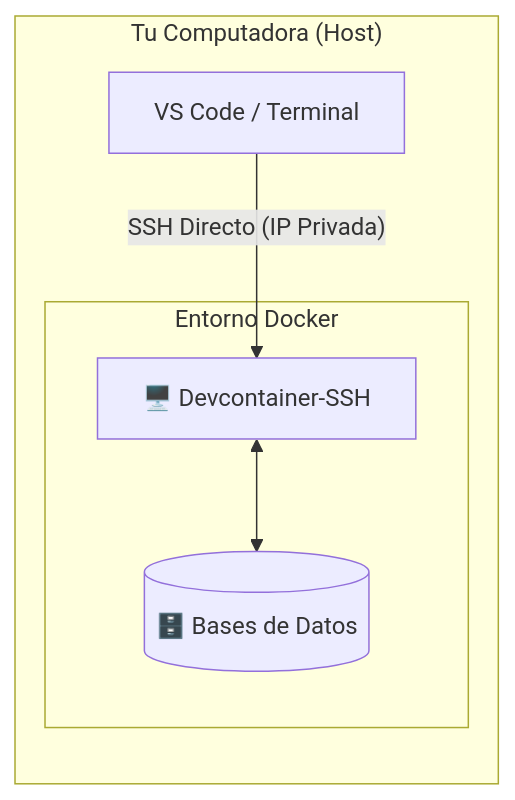
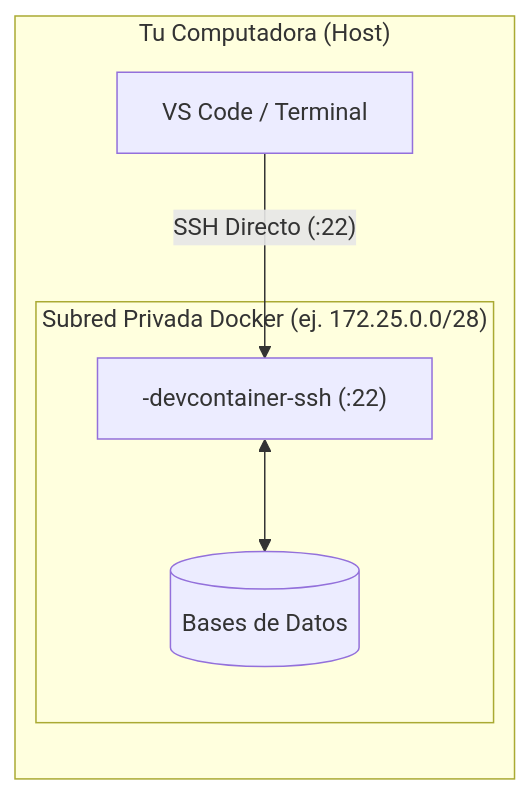
The first of 3 diagrams in README.md (Joacohbc/my-devcontainer-installer), drawn with Mermaid before and after one commit. The commit also changed other lines of this file and 2 other files, not shown here.

First line of the commit message:
docs: clarify network topologies and fix SSH port 22 references

````diff
--- a/README.md
+++ b/README.md
@@ -128,14 +132,14 @@
 ```mermaid
 graph LR
     subgraph Host["Tu Computadora (Host)"]
         VSCode["VS Code / Terminal"]
         
-        subgraph DockerEnv["Entorno Docker"]
-            DevContainer["🖥️ Devcontainer-SSH"]
-            DBs[("🗄️ Bases de Datos")]
+        subgraph DockerEnv["Subred Privada Docker (ej. 172.25.0.0/28)"]
+            DevContainer["<workspace>-devcontainer-ssh (:22)"]
+            DBs[("Bases de Datos")]
         end
     end
     
-    VSCode -- "SSH Directo (IP Privada)" --> DevContainer
+    VSCode -- "SSH Directo (<IP-privada>:22)" --> DevContainer
     DevContainer <--> DBs
 ```
````
